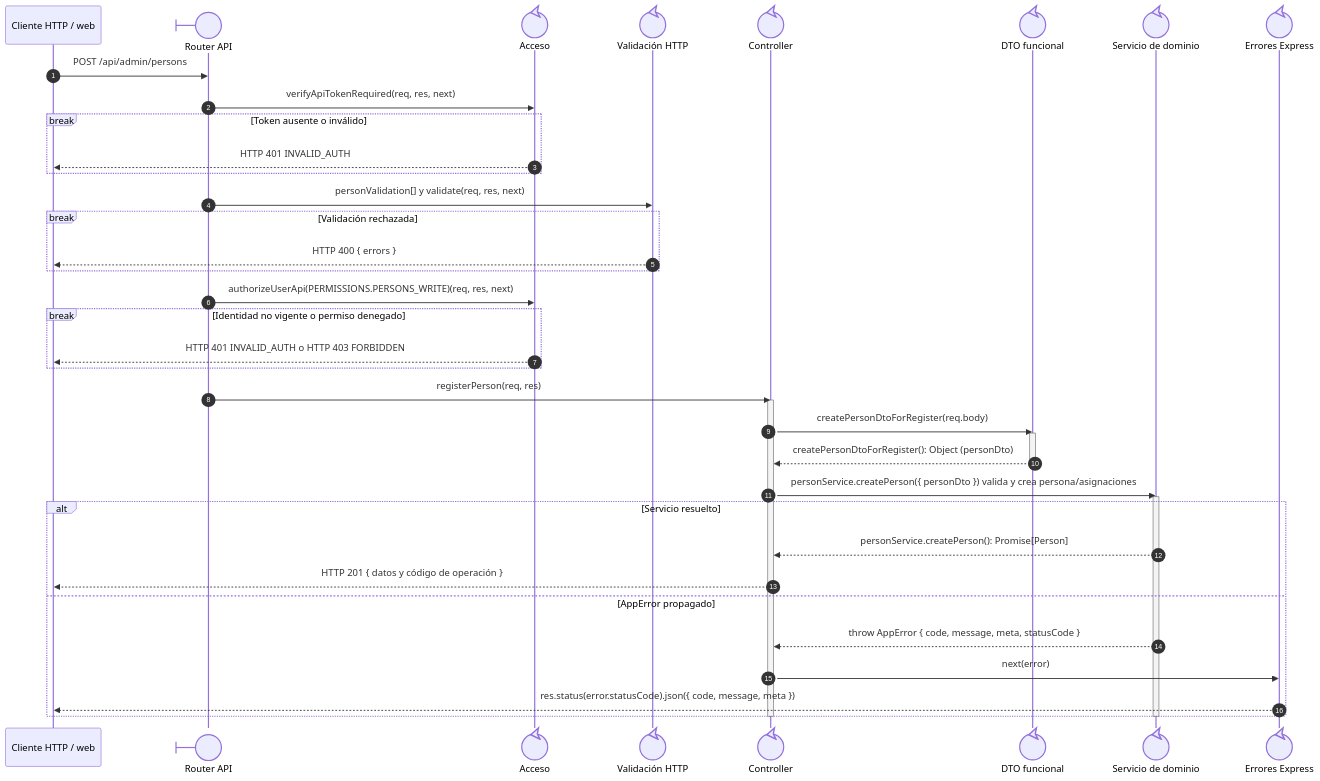
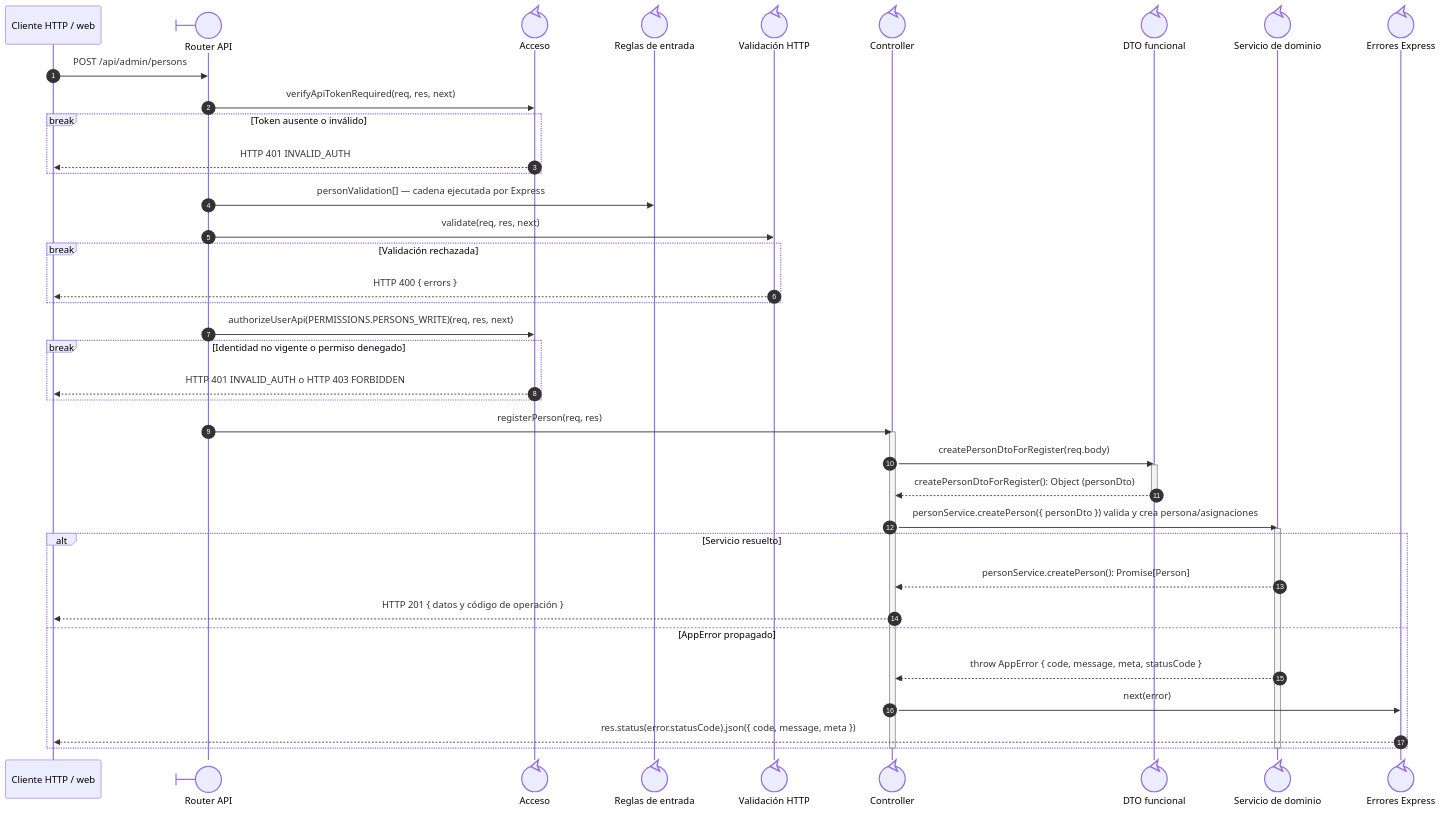
The diagram in docs/architecture/views/processes/backend-code-sequences/identity-access/cu-ida-02.md (gpgsistemas01/nexus), drawn with Mermaid before and after one commit. The commit also changed other lines of this file and 191 other files, not shown here.

Commit message:
docs: trace sequence lifelines to distinct implementation files

````diff
--- a/docs/architecture/views/processes/backend-code-sequences/identity-access/cu-ida-02.md
+++ b/docs/architecture/views/processes/backend-code-sequences/identity-access/cu-ida-02.md
@@ -25,44 +26,46 @@
 ```mermaid
 sequenceDiagram
     autonumber
     participant Client as Cliente HTTP / web
     participant Route@{ "type": "boundary" } as Router API
     participant Auth@{ "type": "control" } as Acceso
+    participant ValidationRules@{ "type": "control" } as Reglas de entrada
     participant Validator@{ "type": "control" } as Validación HTTP
     participant Controller@{ "type": "control" } as Controller
     participant PersonDto@{ "type": "control" } as DTO funcional
     participant Domain@{ "type": "control" } as Servicio de dominio
     participant ErrorHandler@{ "type": "control" } as Errores Express
 
     Client->>Route: POST /api/admin/persons
     Route->>Auth: verifyApiTokenRequired(req, res, next)
     break Token ausente o inválido
         Auth-->>Client: HTTP 401 INVALID_AUTH
     end
-    Route->>Validator: personValidation[] y validate(req, res, next)
+    Route->>ValidationRules: personValidation[] — cadena ejecutada por Express
+    Route->>Validator: validate(req, res, next)
     break Validación rechazada
         Validator-->>Client: HTTP 400 { errors }
     end
     Route->>Auth: authorizeUserApi(PERMISSIONS.PERSONS_WRITE)(req, res, next)
     break Identidad no vigente o permiso denegado
         Auth-->>Client: HTTP 401 INVALID_AUTH o HTTP 403 FORBIDDEN
     end
     Route->>Controller: registerPerson(req, res)
     activate Controller
     Controller->>PersonDto: createPersonDtoForRegister(req.body)
     activate PersonDto
     PersonDto-->>Controller: createPersonDtoForRegister(): Object (personDto)
     deactivate PersonDto
     Controller->>Domain: personService.createPerson({ personDto }) valida y crea persona/asignaciones
     activate Domain
     alt Servicio resuelto
         Domain-->>Controller: personService.createPerson(): Promise[Person]
         Controller-->>Client: HTTP 201 { datos y código de operación }
     else AppError propagado
         Domain-->>Controller: throw AppError { code, message, meta, statusCode }
         Controller->>ErrorHandler: next(error)
         ErrorHandler-->>Client: res.status(error.statusCode).json({ code, message, meta })
     end
     deactivate Domain
     deactivate Controller
 ```
````
